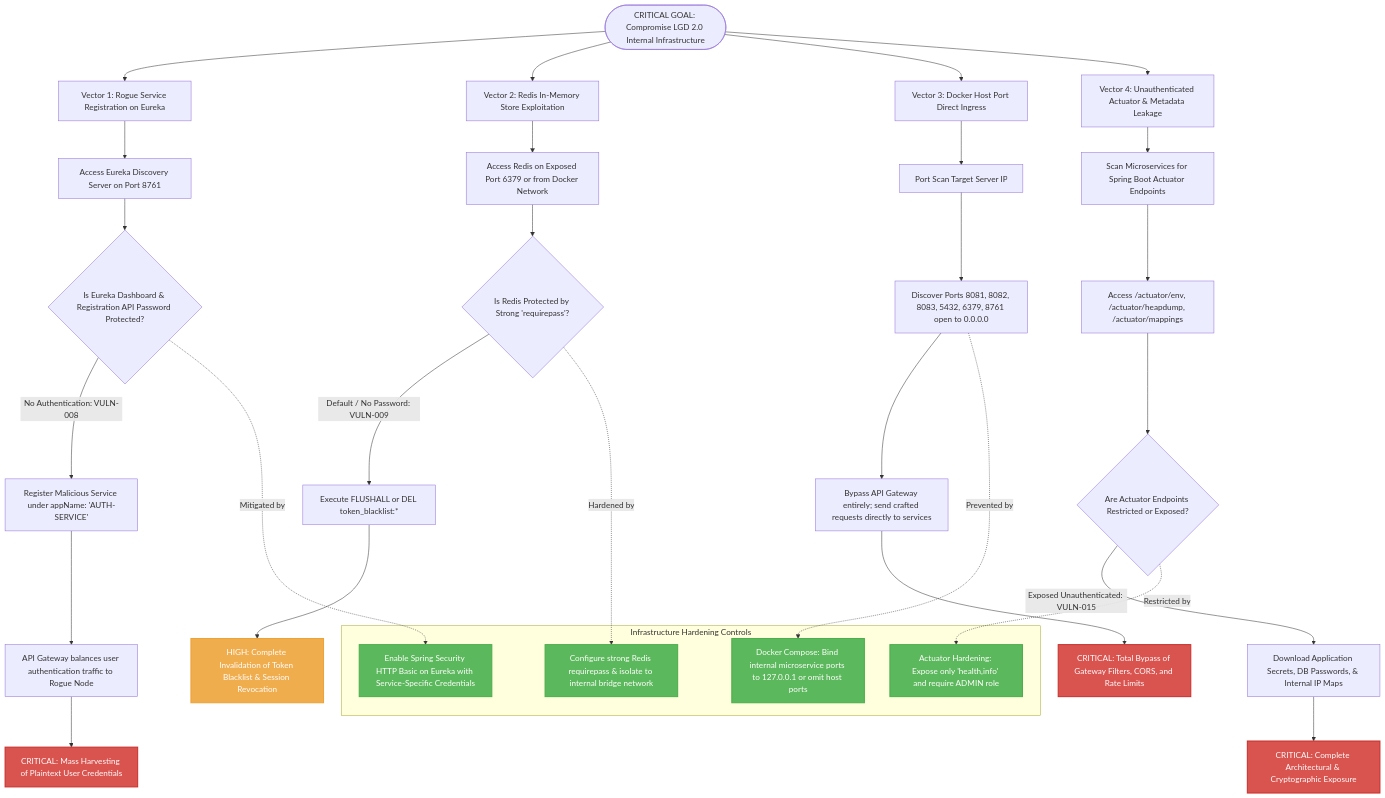
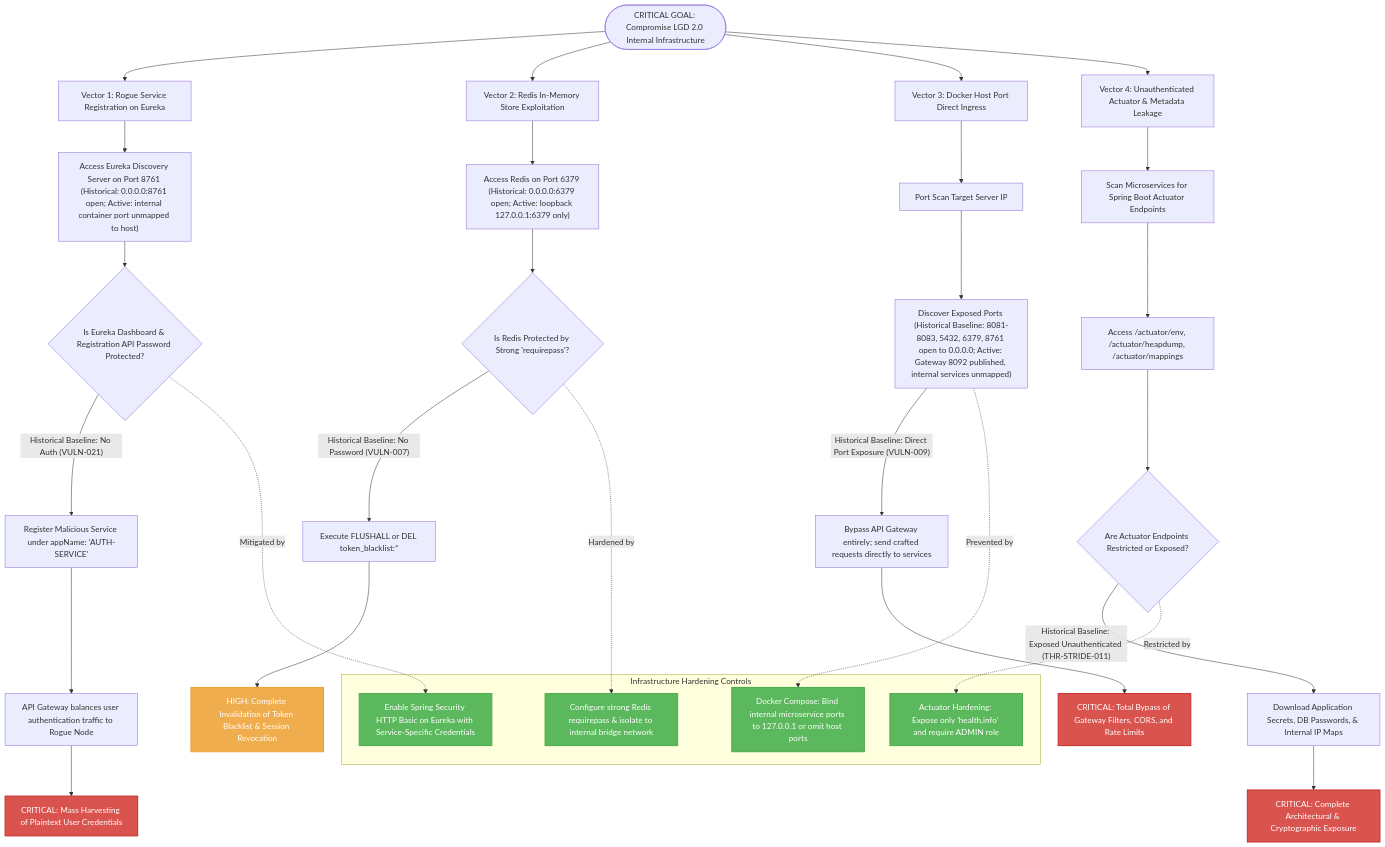
The sixth of 6 diagrams in Attack_Tree_Diagrams.md (maneesh-javadev/lgd-active-new), drawn with Mermaid before and after one commit. The commit also changed other lines of this file and 411 other files, not shown here.

````diff
--- a/Attack_Tree_Diagrams.md
+++ b/Attack_Tree_Diagrams.md
@@ -351,57 +351,57 @@
 ```mermaid
 flowchart TD
     ROOT([CRITICAL GOAL: Compromise LGD 2.0 Internal Infrastructure])
 
     %% Vectors
     ROOT --> INF_1[Vector 1: Rogue Service Registration on Eureka]
     ROOT --> INF_2[Vector 2: Redis In-Memory Store Exploitation]
     ROOT --> INF_3[Vector 3: Docker Host Port Direct Ingress]
     ROOT --> INF_4[Vector 4: Unauthenticated Actuator & Metadata Leakage]
 
-    %% Vector 1
-    INF_1 --> EU1[Access Eureka Discovery Server on Port 8761]
+    %% Vector 1 (Historical Threat Scenario - Mitigated in Active Deployment)
+    INF_1 --> EU1["Access Eureka Discovery Server on Port 8761 (Historical: 0.0.0.0:8761 open; Active: internal container port unmapped to host)"]
     EU1 --> EU2{Is Eureka Dashboard & Registration API Password Protected?}
-    EU2 -- No Authentication: VULN-008 --> EU3[Register Malicious Service under appName: 'AUTH-SERVICE']
+    EU2 -- "Historical Baseline: No Auth (VULN-021)" --> EU3[Register Malicious Service under appName: 'AUTH-SERVICE']
     EU3 --> EU4[API Gateway balances user authentication traffic to Rogue Node]
     EU4 --> INF_IMP1[CRITICAL: Mass Harvesting of Plaintext User Credentials]
 
-    %% Vector 2
-    INF_2 --> RD1[Access Redis on Exposed Port 6379 or from Docker Network]
+    %% Vector 2 (Historical Threat Scenario - Mitigated in Active Deployment)
+    INF_2 --> RD1["Access Redis on Port 6379 (Historical: 0.0.0.0:6379 open; Active: loopback 127.0.0.1:6379 only)"]
     RD1 --> RD2{Is Redis Protected by Strong 'requirepass'?}
-    RD2 -- Default / No Password: VULN-009 --> RD3[Execute FLUSHALL or DEL token_blacklist:*]
+    RD2 -- "Historical Baseline: No Password (VULN-007)" --> RD3[Execute FLUSHALL or DEL token_blacklist:*]
     RD3 --> INF_IMP2[HIGH: Complete Invalidation of Token Blacklist & Session Revocation]
 
-    %% Vector 3
+    %% Vector 3 (Historical Threat Scenario - Mitigated in Active Deployment)
     INF_3 --> DK1[Port Scan Target Server IP]
-    DK1 --> DK2[Discover Ports 8081, 8082, 8083, 5432, 6379, 8761 open to 0.0.0.0]
-    DK2 --> DK3[Bypass API Gateway entirely; send crafted requests directly to services]
+    DK1 --> DK2["Discover Exposed Ports (Historical Baseline: 8081-8083, 5432, 6379, 8761 open to 0.0.0.0; Active: Gateway 8092 published, internal services unmapped)"]
+    DK2 -- "Historical Baseline: Direct Port Exposure (VULN-009)" --> DK3[Bypass API Gateway entirely; send crafted requests directly to services]
     DK3 --> INF_IMP3[CRITICAL: Total Bypass of Gateway Filters, CORS, and Rate Limits]
 
-    %% Vector 4
+    %% Vector 4 (Historical Threat Scenario - Mitigated in Active Deployment)
     INF_4 --> AC1[Scan Microservices for Spring Boot Actuator Endpoints]
     AC1 --> AC2[Access /actuator/env, /actuator/heapdump, /actuator/mappings]
     AC2 --> AC3{Are Actuator Endpoints Restricted or Exposed?}
-    AC3 -- Exposed Unauthenticated: VULN-015 --> AC4[Download Application Secrets, DB Passwords, & Internal IP Maps]
+    AC3 -- "Historical Baseline: Exposed Unauthenticated (THR-STRIDE-011)" --> AC4[Download Application Secrets, DB Passwords, & Internal IP Maps]
     AC4 --> INF_IMP4[CRITICAL: Complete Architectural & Cryptographic Exposure]
 
     %% Defensive Mitigations
     subgraph InfraDefenses [Infrastructure Hardening Controls]
         IND1[Enable Spring Security HTTP Basic on Eureka with Service-Specific Credentials]
         IND2[Configure strong Redis requirepass & isolate to internal bridge network]
         IND3[Docker Compose: Bind internal microservice ports to 127.0.0.1 or omit host ports]
         IND4[Actuator Hardening: Expose only 'health,info' and require ADMIN role]
     end
 
     EU2 -.->|Mitigated by| IND1
     RD2 -.->|Hardened by| IND2
     DK2 -.->|Prevented by| IND3
     AC3 -.->|Restricted by| IND4
 
     classDef crit fill:#d9534f,stroke:#c9302c,stroke-width:2px,color:#fff;
     classDef warn fill:#f0ad4e,stroke:#eea236,stroke-width:2px,color:#fff;
     classDef safe fill:#5cb85c,stroke:#4cae4c,stroke-width:2px,color:#fff;
 
     class INF_IMP1,INF_IMP3,INF_IMP4 crit;
     class INF_IMP2 warn;
     class IND1,IND2,IND3,IND4 safe;
 ```
````
